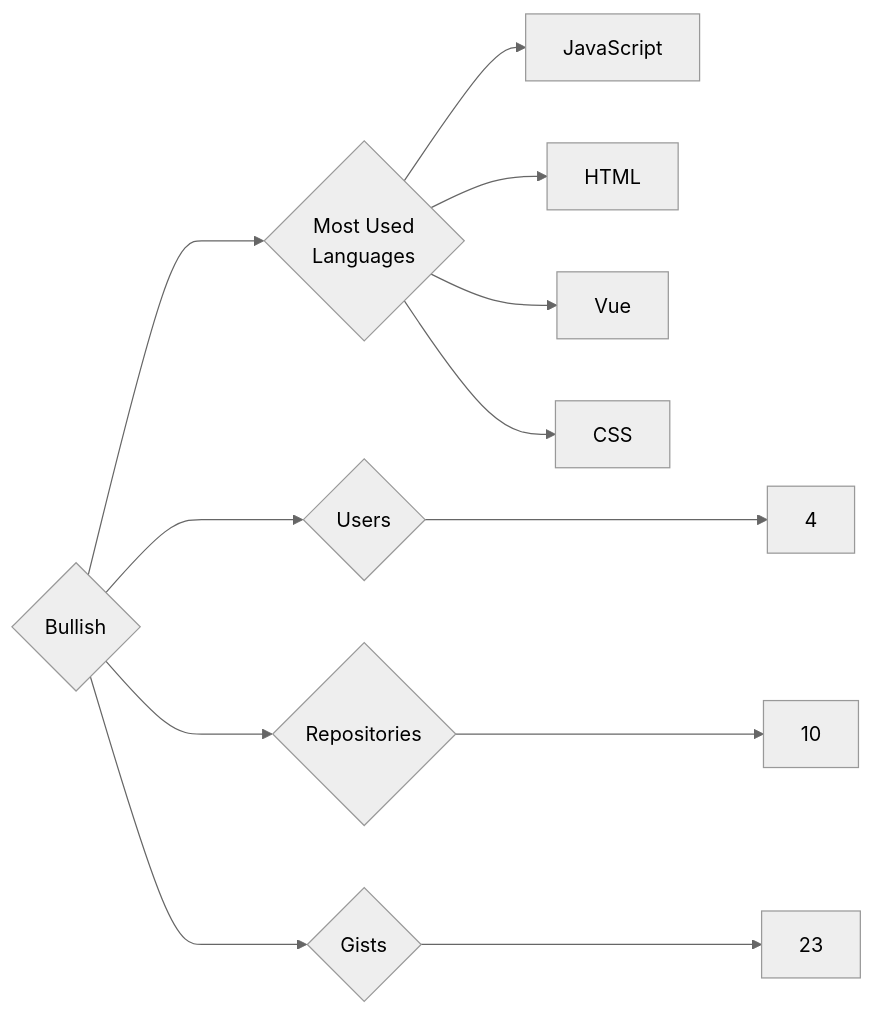
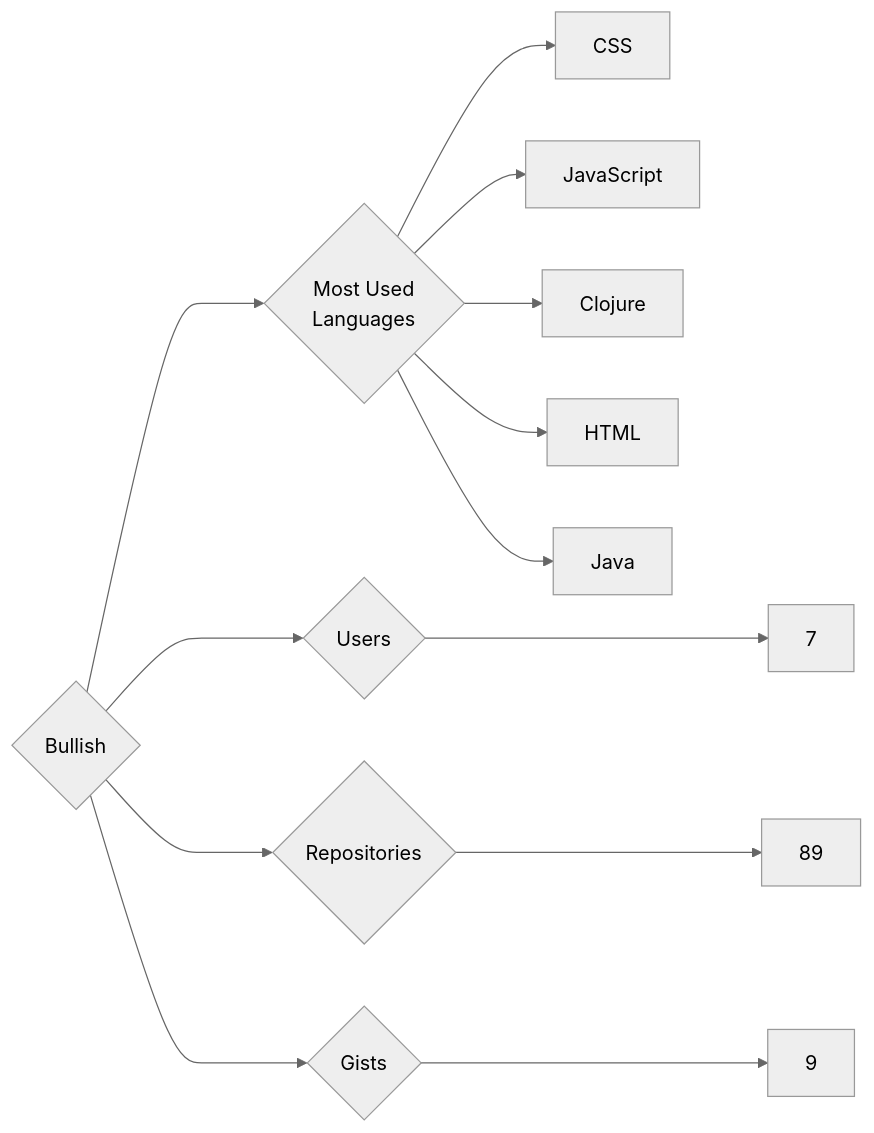
One commit to trickest/insiders changed the diagram in targets/Bullish/README.md. Above: the diagram before and after it, drawn with Mermaid (neutral theme). The commit also changed 1123 other files, not shown here.

````diff
--- a/targets/Bullish/README.md
+++ b/targets/Bullish/README.md
@@ -3,12 +3,13 @@
 ```mermaid
 graph LR
 COMPANY_NAME{Bullish}
-COMPANY_NAME ---> U{Users} ---> UN[4]
-COMPANY_NAME ---> R{Repositories} ---> RN[10]
-COMPANY_NAME ---> G{Gists} ---> GN[23]
+COMPANY_NAME ---> U{Users} ---> UN[7]
+COMPANY_NAME ---> R{Repositories} ---> RN[89]
+COMPANY_NAME ---> G{Gists} ---> GN[9]
 COMPANY_NAME ---> ML{Most Used<br>Languages}
+ML --> CSS[CSS]
 ML --> JavaScript[JavaScript]
+ML --> Clojure[Clojure]
 ML --> HTML[HTML]
-ML --> Vue[Vue]
-ML --> CSS[CSS]
+ML --> Java[Java]
 ```
````
